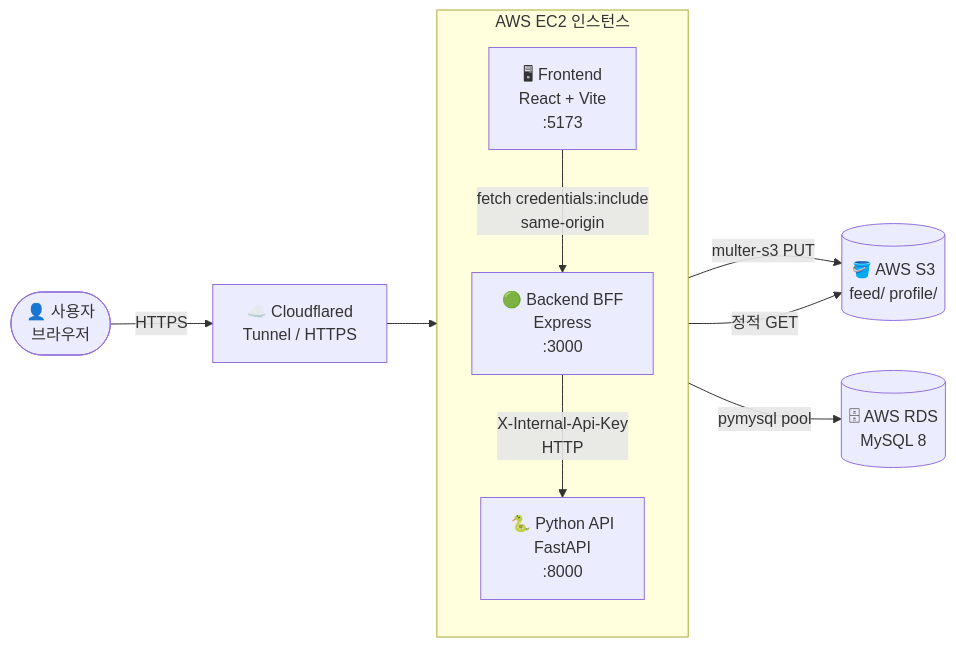
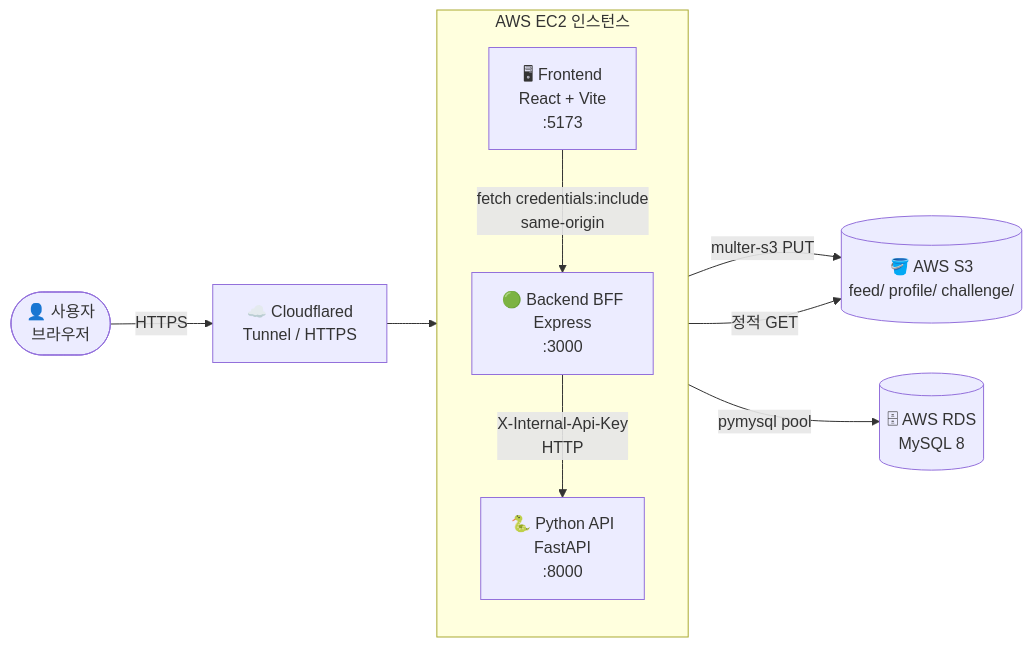
Before and after one commit to junseoja/capston: the first of 2 diagrams in docs/report/02-architecture.md, drawn with Mermaid. The commit also changed other lines of this file and 9 other files, not shown here.

````diff
--- a/docs/report/02-architecture.md
+++ b/docs/report/02-architecture.md
@@ -5,21 +5,21 @@
 ```mermaid
 flowchart LR
     User([👤 사용자<br/>브라우저])
     CF[☁️ Cloudflared<br/>Tunnel / HTTPS]
     subgraph EC2[AWS EC2 인스턴스]
       direction TB
       FE[🖥 Frontend<br/>React + Vite<br/>:5173]
       BE[🟢 Backend BFF<br/>Express<br/>:3000]
       API[🐍 Python API<br/>FastAPI<br/>:8000]
     end
     RDS[(🗄 AWS RDS<br/>MySQL 8)]
-    S3[(🪣 AWS S3<br/>feed/ profile/)]
+    S3[(🪣 AWS S3<br/>feed/ profile/ challenge/)]
 
     User -- HTTPS --> CF
     CF --> FE
     FE -- fetch credentials:include<br/>same-origin --> BE
     BE -- X-Internal-Api-Key<br/>HTTP --> API
     BE -- multer-s3 PUT --> S3
     API -- pymysql pool --> RDS
     FE -- 정적 GET --> S3
 ```
````
